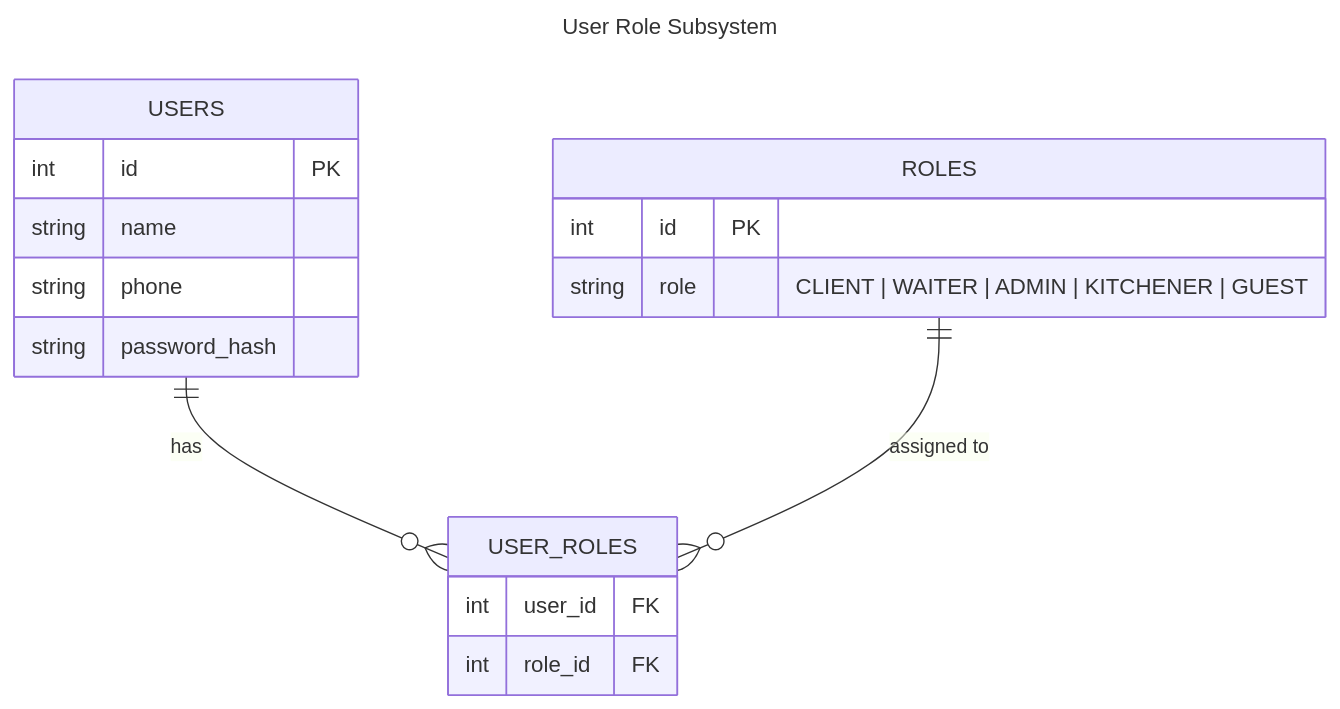
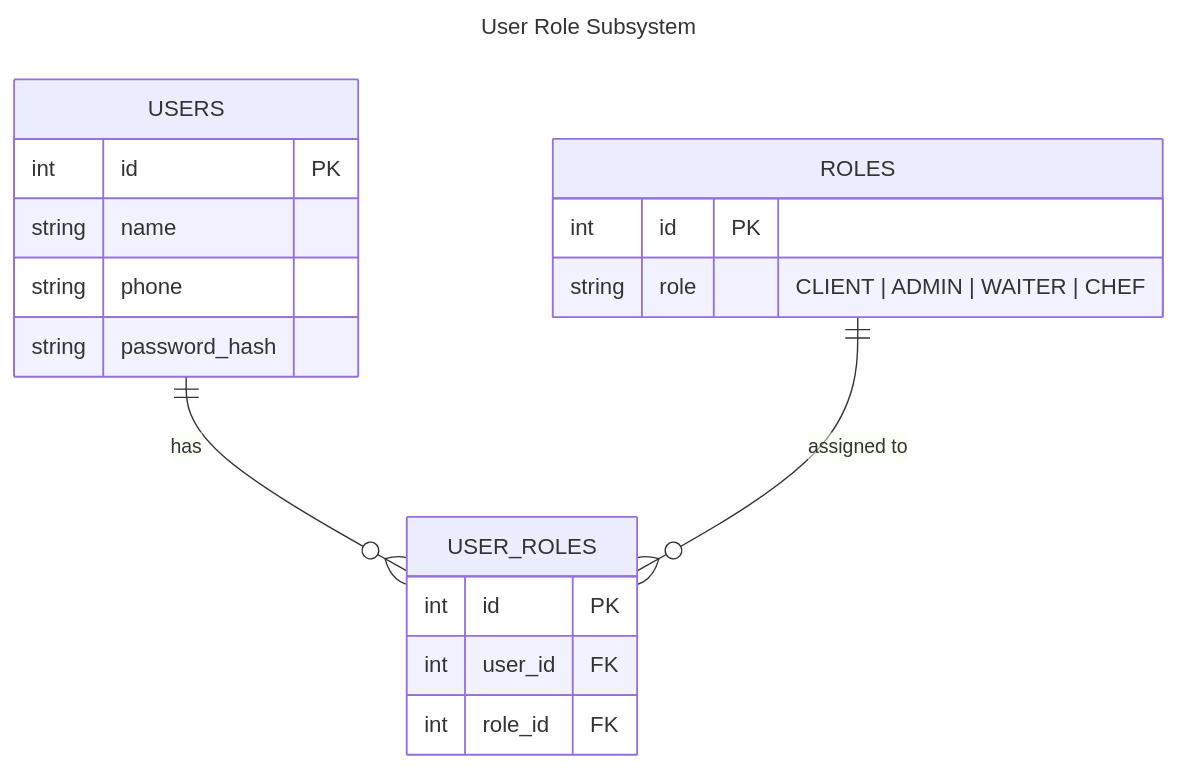
Before and after one commit to cyjiky/TableFlow: the second of 2 diagrams in model.md, drawn with Mermaid. The commit also changed other lines of this file and 3 other files, not shown here.

````diff
--- a/model.md
+++ b/model.md
@@ -87,25 +107,26 @@
 ```mermaid
 ---
 title: User Role Subsystem
 ---
 erDiagram
-    USERS ||--o{ USER_ROLES: "has"
-    ROLES ||--o{ USER_ROLES: "assigned to"
+    USERS ||--o{ USER_ROLES : "has"
+    ROLES ||--o{ USER_ROLES : "assigned to"
 
     USERS {
         int id PK
         string name
         string phone
         string password_hash
     }
 
     ROLES {
         int id PK
-        string role "CLIENT | WAITER | ADMIN | KITCHENER | GUEST"
+        string role "CLIENT | ADMIN | WAITER | CHEF"
     }
 
     USER_ROLES {
+        int id PK
         int user_id FK
         int role_id FK
     }
 ```
````
